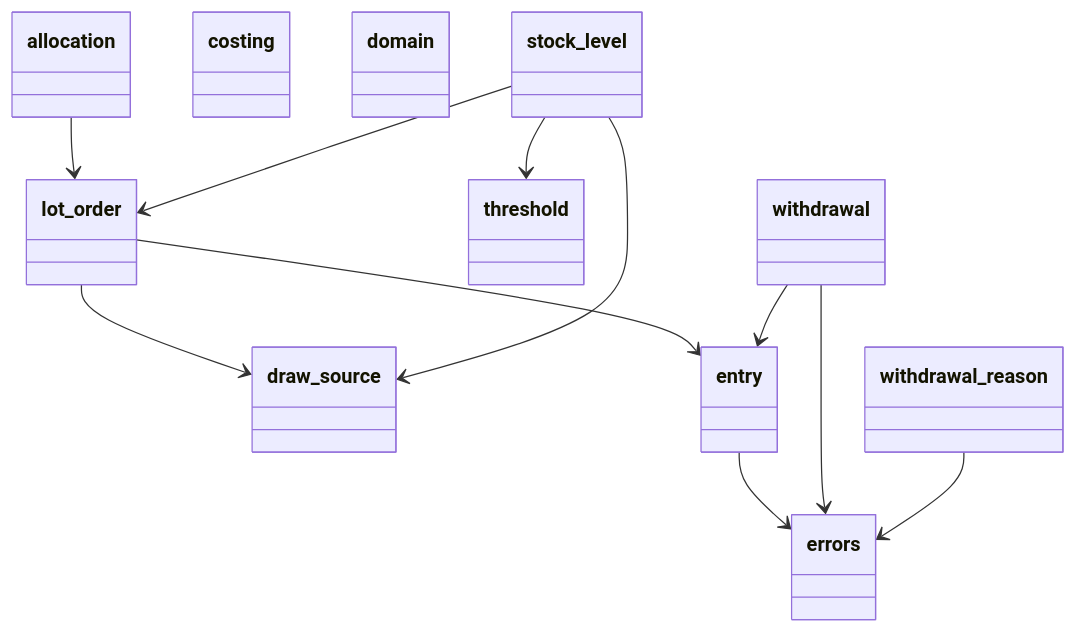
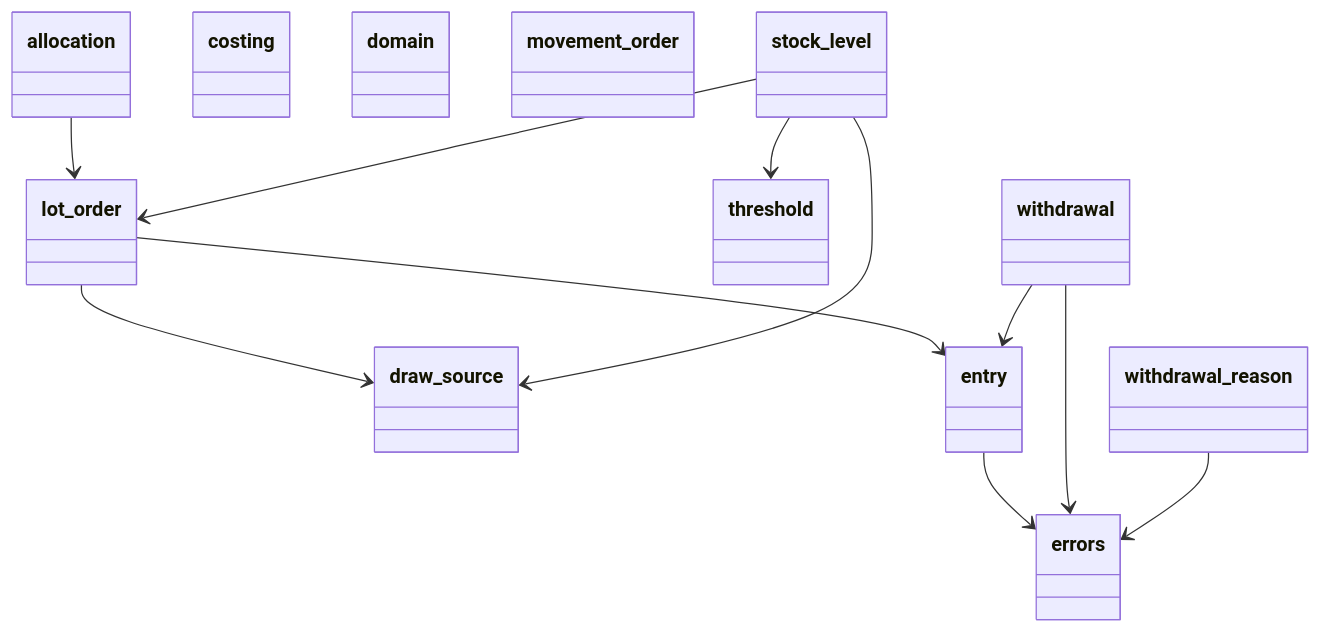
Before and after one commit to GonzaloZevallos/apostrophe: the first of 6 diagrams in docs/architecture/generated/classes/stock.md, drawn with Mermaid. The commit also changed other lines of this file, not shown here.

````diff
--- a/docs/architecture/generated/classes/stock.md
+++ b/docs/architecture/generated/classes/stock.md
@@ -11,35 +11,37 @@
 ```mermaid
 classDiagram
   class allocation {
   }
   class costing {
   }
   class domain {
   }
   class draw_source {
   }
   class entry {
   }
   class errors {
   }
   class lot_order {
+  }
+  class movement_order {
   }
   class stock_level {
   }
   class threshold {
   }
   class withdrawal {
   }
   class withdrawal_reason {
   }
   allocation --> lot_order
   entry --> errors
   lot_order --> draw_source
   lot_order --> entry
   stock_level --> draw_source
   stock_level --> lot_order
   stock_level --> threshold
   withdrawal --> entry
   withdrawal --> errors
   withdrawal_reason --> errors
 ```
````
